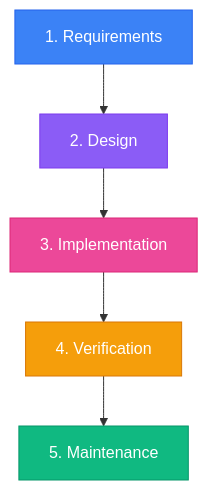
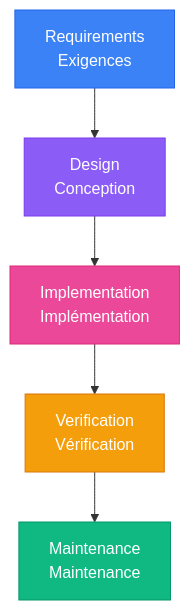
The first of 4 diagrams in ISTQB/CTAL-TAE/CTAL-TAE_notes.md (Nilcouv/Testing), drawn with Mermaid before and after one commit. The commit also changed other lines of this file and 1 other file, not shown here.

````diff
--- a/ISTQB/CTAL-TAE/CTAL-TAE_notes.md
+++ b/ISTQB/CTAL-TAE/CTAL-TAE_notes.md
@@ -170,16 +170,16 @@
 ```mermaid
 flowchart TD
-    A["1. Requirements"]
-    B["2. Design"]
-    C["3. Implementation"]
-    D["4. Verification"]
-    E["5. Maintenance"]
+    A["Requirements<br/>Exigences"]
+    B["Design<br/>Conception"]
+    C["Implementation<br/>Implémentation"]
+    D["Verification<br/>Vérification"]
+    E["Maintenance<br/>Maintenance"]
     
     A --> B --> C --> D --> E
     
     style A fill:#3b82f6,stroke:#2563eb,color:#fff
     style B fill:#8b5cf6,stroke:#7c3aed,color:#fff
     style C fill:#ec4899,stroke:#db2777,color:#fff
     style D fill:#f59e0b,stroke:#d97706,color:#fff
     style E fill:#10b981,stroke:#059669,color:#fff
 ```
````
